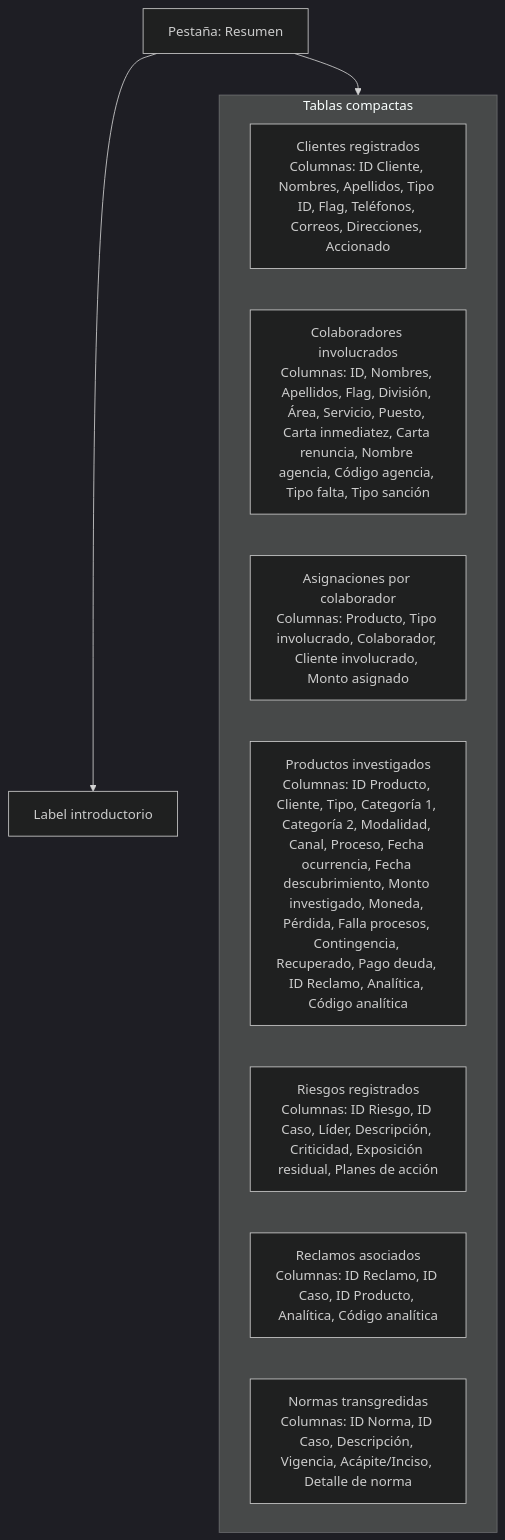
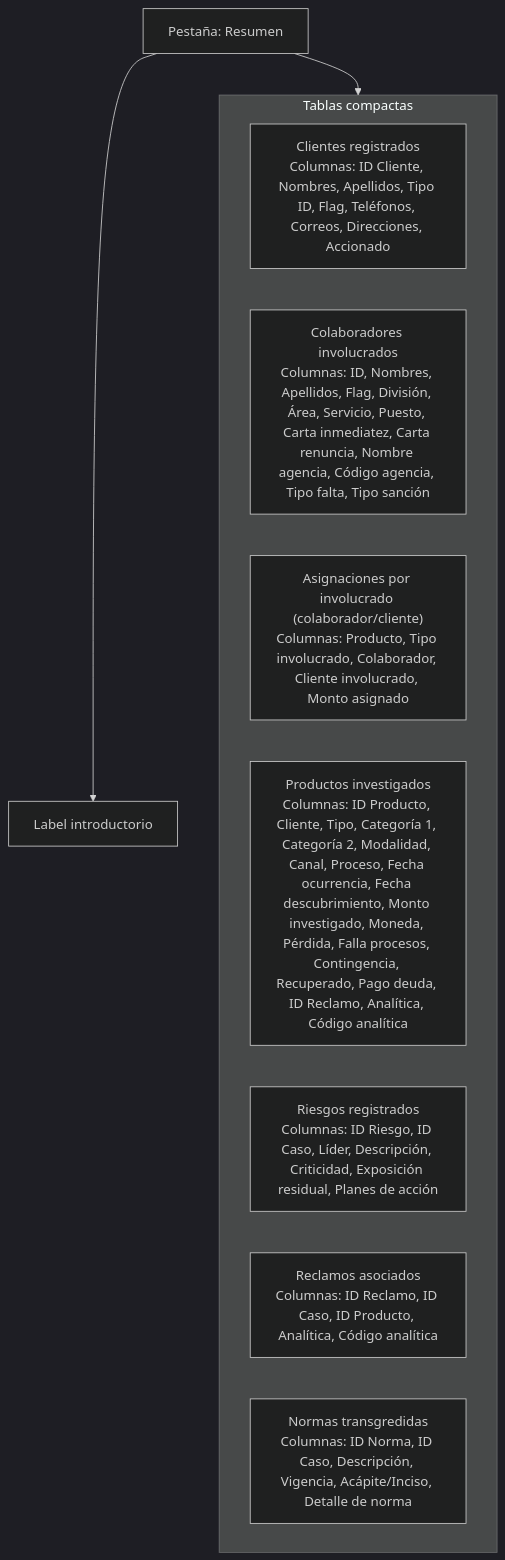
Before and after one commit to PillB/Formulario_investigacion: the diagram in wireframes/tab06_resumen.mmd, drawn with Mermaid (dark theme). The commit also changed 9 other files, not shown here.

Commit message:
Update diagrams and fix historical export headers

```diff
--- a/wireframes/tab06_resumen.mmd
+++ b/wireframes/tab06_resumen.mmd
@@ -1,15 +1,15 @@
 flowchart TB
     tab["Pestaña: Resumen"]
     intro["Label introductorio"]
     tab --> intro
 
     subgraph tablas["Tablas compactas"]
         clientes["Clientes registrados\nColumnas: ID Cliente, Nombres, Apellidos, Tipo ID, Flag, Teléfonos, Correos, Direcciones, Accionado"]
         colaboradores["Colaboradores involucrados\nColumnas: ID, Nombres, Apellidos, Flag, División, Área, Servicio, Puesto, Carta inmediatez, Carta renuncia, Nombre agencia, Código agencia, Tipo falta, Tipo sanción"]
-        involucramientos["Asignaciones por colaborador\nColumnas: Producto, Tipo involucrado, Colaborador, Cliente involucrado, Monto asignado"]
+        involucramientos["Asignaciones por involucrado (colaborador/cliente)\nColumnas: Producto, Tipo involucrado, Colaborador, Cliente involucrado, Monto asignado"]
         productos["Productos investigados\nColumnas: ID Producto, Cliente, Tipo, Categoría 1, Categoría 2, Modalidad, Canal, Proceso, Fecha ocurrencia, Fecha descubrimiento, Monto investigado, Moneda, Pérdida, Falla procesos, Contingencia, Recuperado, Pago deuda, ID Reclamo, Analítica, Código analítica"]
         riesgos["Riesgos registrados\nColumnas: ID Riesgo, ID Caso, Líder, Descripción, Criticidad, Exposición residual, Planes de acción"]
         reclamos["Reclamos asociados\nColumnas: ID Reclamo, ID Caso, ID Producto, Analítica, Código analítica"]
         normas["Normas transgredidas\nColumnas: ID Norma, ID Caso, Descripción, Vigencia, Acápite/Inciso, Detalle de norma"]
     end
     tab --> tablas
```
